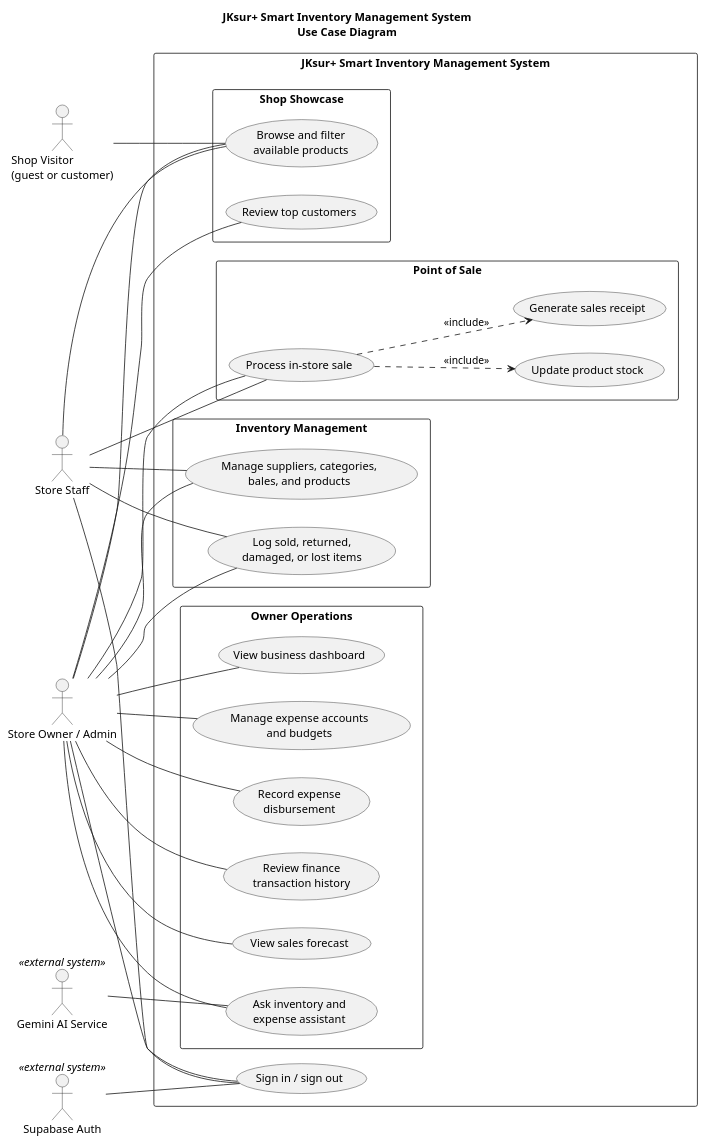
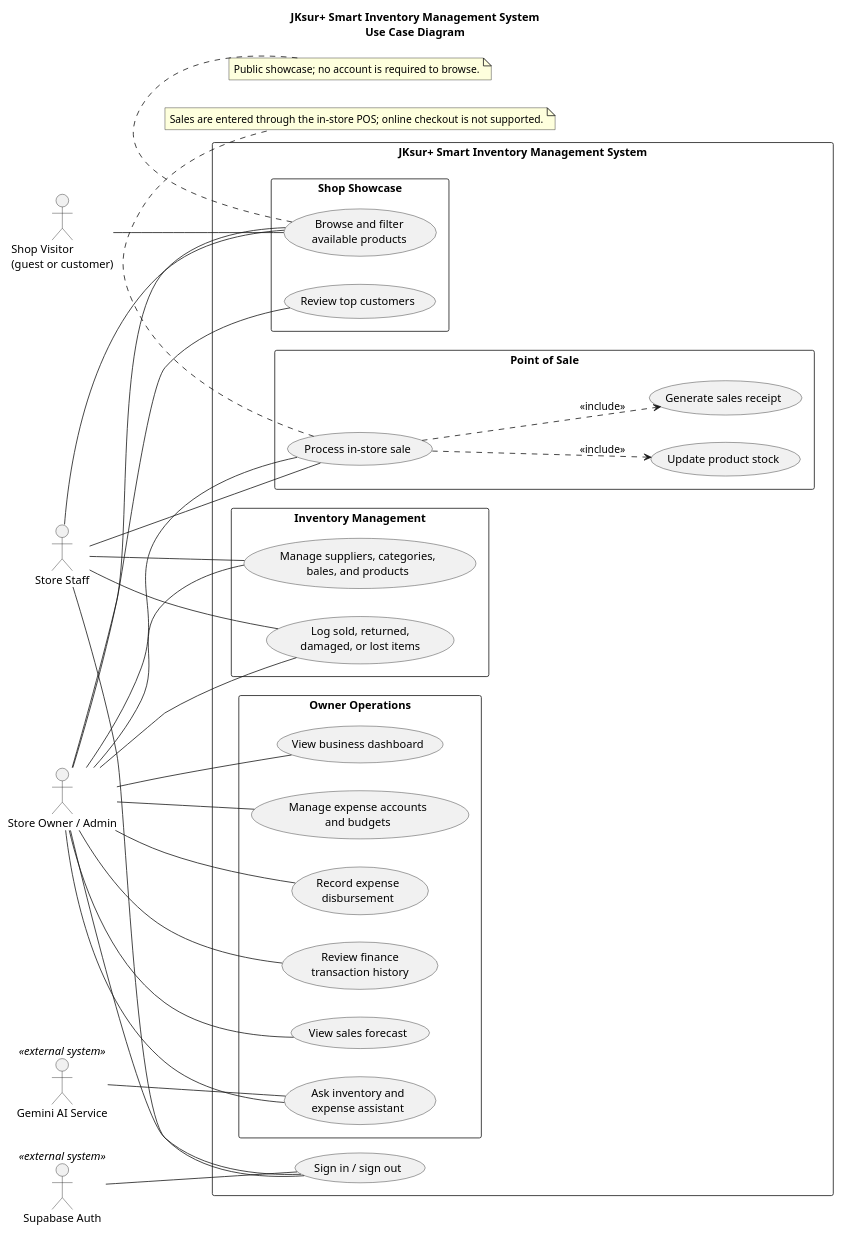
Before and after one commit to frankedward2513/jksurplusfinal: the diagram in docs/use-case-diagram.puml, drawn with PlantUML. The commit also changed 2 other files, not shown here.

```diff
--- a/docs/use-case-diagram.puml
+++ b/docs/use-case-diagram.puml
@@ -1,69 +1,77 @@
 @startuml
 title JKsur+ Smart Inventory Management System\nUse Case Diagram
 
 left to right direction
 skinparam shadowing false
 skinparam packageStyle rectangle
 
 actor "Store Owner / Admin" as Owner
 actor "Store Staff" as Staff
 actor "Shop Visitor\n(guest or customer)" as Visitor
 actor "Supabase Auth" as Auth <<external system>>
 actor "Gemini AI Service" as Gemini <<external system>>
 
 rectangle "JKsur+ Smart Inventory Management System" {
   usecase "Sign in / sign out" as SignIn
 
   package "Shop Showcase" {
     usecase "Browse and filter\navailable products" as Browse
     usecase "Review top customers" as TopCustomers
   }
 
   package "Point of Sale" {
     usecase "Process in-store sale" as ProcessSale
     usecase "Update product stock" as UpdateStock
     usecase "Generate sales receipt" as Receipt
   }
 
   package "Inventory Management" {
     usecase "Manage suppliers, categories,\nbales, and products" as ManageInventory
     usecase "Log sold, returned,\ndamaged, or lost items" as LogItemStatus
   }
 
   package "Owner Operations" {
     usecase "View business dashboard" as Dashboard
     usecase "Manage expense accounts\nand budgets" as ManageExpenses
     usecase "Record expense\ndisbursement" as RecordExpense
     usecase "Review finance\ntransaction history" as FinanceHistory
     usecase "View sales forecast" as Forecast
     usecase "Ask inventory and\nexpense assistant" as AskAssistant
   }
 
   ProcessSale ..> UpdateStock : <<include>>
   ProcessSale ..> Receipt : <<include>>
 }
 
+note bottom of Browse
+Public showcase; no account is required to browse.
+end note
+
+note bottom of ProcessSale
+Sales are entered through the in-store POS; online checkout is not supported.
+end note
+
 Owner -- SignIn
 Staff -- SignIn
 Auth -- SignIn
 
 Visitor -- Browse
 Owner -- Browse
 Staff -- Browse
 Owner -- TopCustomers
 
 Owner -- ProcessSale
 Staff -- ProcessSale
 Owner -- ManageInventory
 Staff -- ManageInventory
 Owner -- LogItemStatus
 Staff -- LogItemStatus
 
 Owner -- Dashboard
 Owner -- ManageExpenses
 Owner -- RecordExpense
 Owner -- FinanceHistory
 Owner -- Forecast
 Owner -- AskAssistant
 Gemini -- AskAssistant
 @enduml
```
